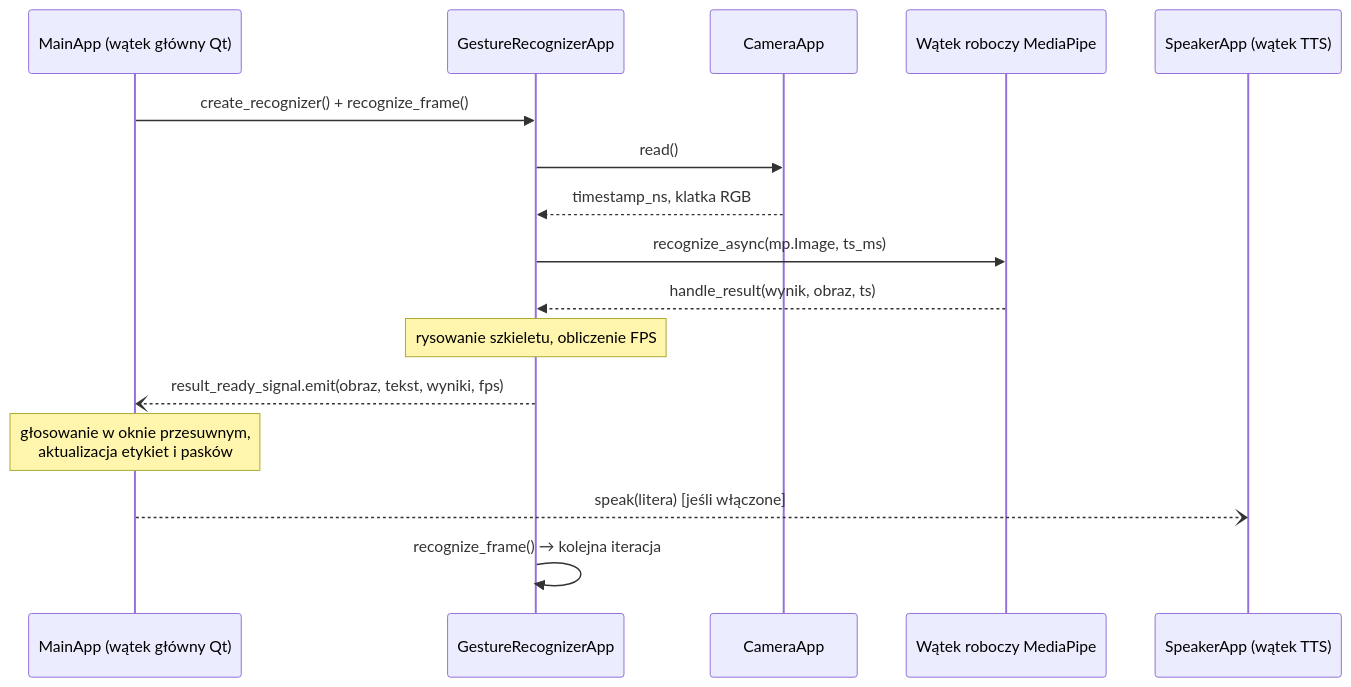
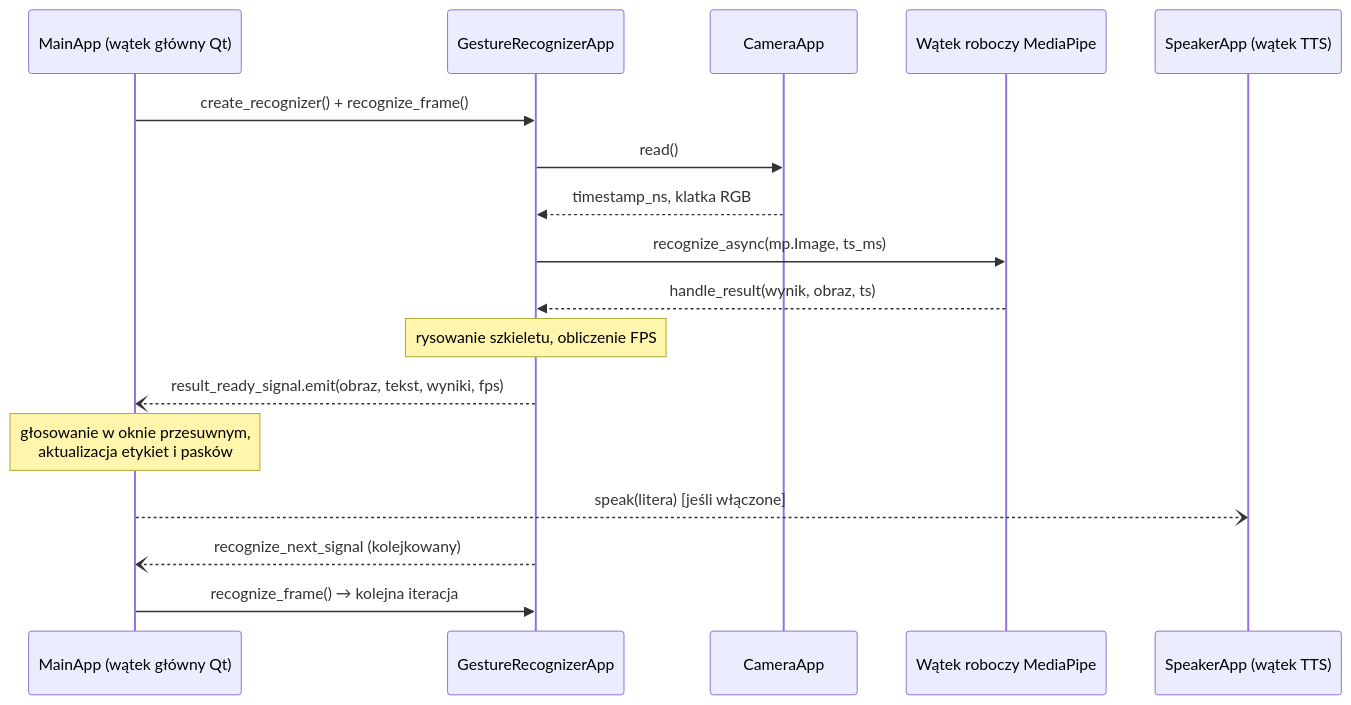
One commit to DXtR1337/AI_sign_language_translator changed the second of 2 diagrams in docs/TECHNICAL_DOCUMENTATION.pl.md. Above: the diagram before and after it, drawn with Mermaid. The commit also changed other lines of this file and 3 other files, not shown here.

````diff
--- a/docs/TECHNICAL_DOCUMENTATION.pl.md
+++ b/docs/TECHNICAL_DOCUMENTATION.pl.md
@@ -83,19 +83,20 @@
 ```mermaid
 sequenceDiagram
     participant M as MainApp (wątek główny Qt)
     participant R as GestureRecognizerApp
     participant C as CameraApp
     participant MP as Wątek roboczy MediaPipe
     participant T as SpeakerApp (wątek TTS)
 
     M->>R: create_recognizer() + recognize_frame()
     R->>C: read()
     C-->>R: timestamp_ns, klatka RGB
     R->>MP: recognize_async(mp.Image, ts_ms)
     MP-->>R: handle_result(wynik, obraz, ts)
     Note over R: rysowanie szkieletu, obliczenie FPS
     R--)M: result_ready_signal.emit(obraz, tekst, wyniki, fps)
     Note over M: głosowanie w oknie przesuwnym,<br/>aktualizacja etykiet i pasków
     M--)T: speak(litera)  [jeśli włączone]
-    R->>R: recognize_frame()  → kolejna iteracja
+    R--)M: recognize_next_signal (kolejkowany)
+    M->>R: recognize_frame()  → kolejna iteracja
 ```
````
